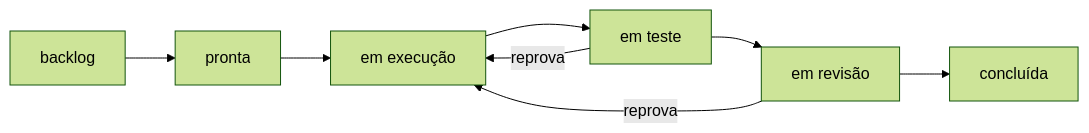
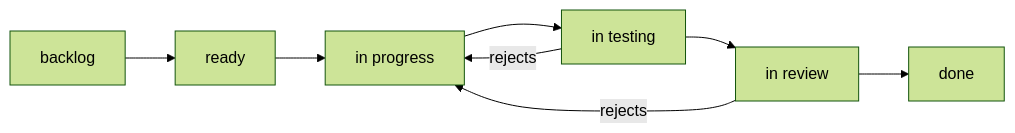
Before and after one commit to enzoconsulo/factory-tcc: the diagram in docs/tasks/en/E4-task-production-line/FAB-401-the-six-states-with-each-change-stored-atomically.md, drawn with Mermaid (forest theme). The commit also changed 52 other files, not shown here.

````diff
--- a/docs/tasks/en/E4-task-production-line/FAB-401-the-six-states-with-each-change-stored-atomically.md
+++ b/docs/tasks/en/E4-task-production-line/FAB-401-the-six-states-with-each-change-stored-atomically.md
@@ -11,6 +11,6 @@
 ```mermaid
 flowchart LR
-  B["backlog"] --> P["pronta"] --> E["em execução"] --> T["em teste"] --> R["em revisão"] --> C["concluída"]
-  T -- "reprova" --> E
-  R -- "reprova" --> E
+  B["backlog"] --> P["ready"] --> E["in progress"] --> T["in testing"] --> R["in review"] --> C["done"]
+  T -- "rejects" --> E
+  R -- "rejects" --> E
 ```
````
